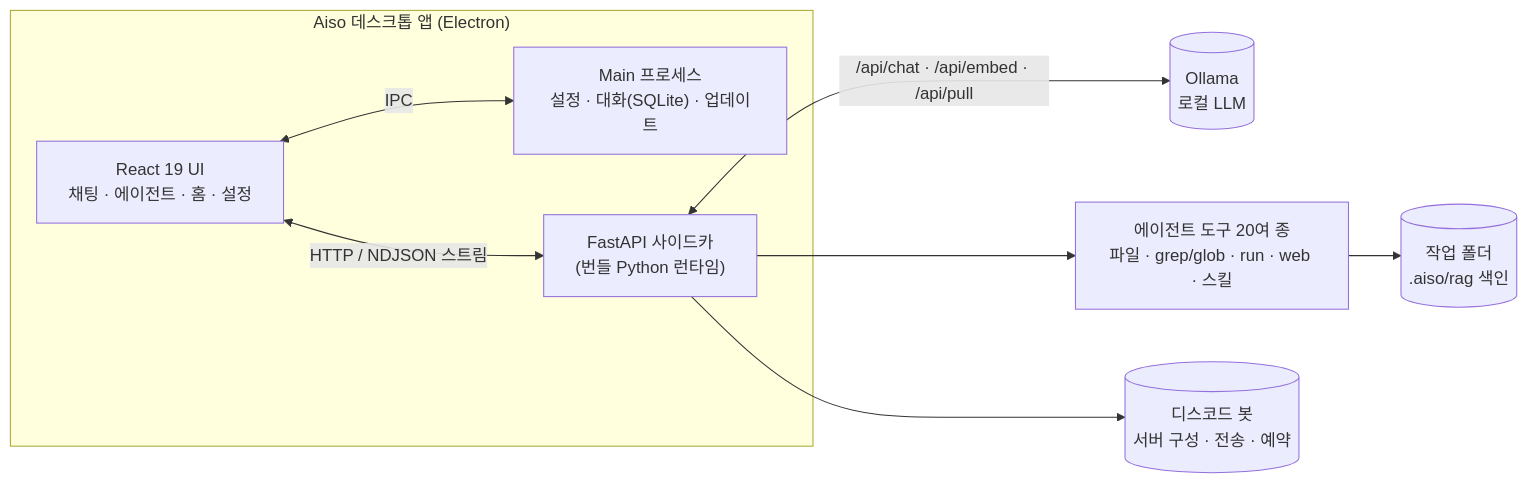
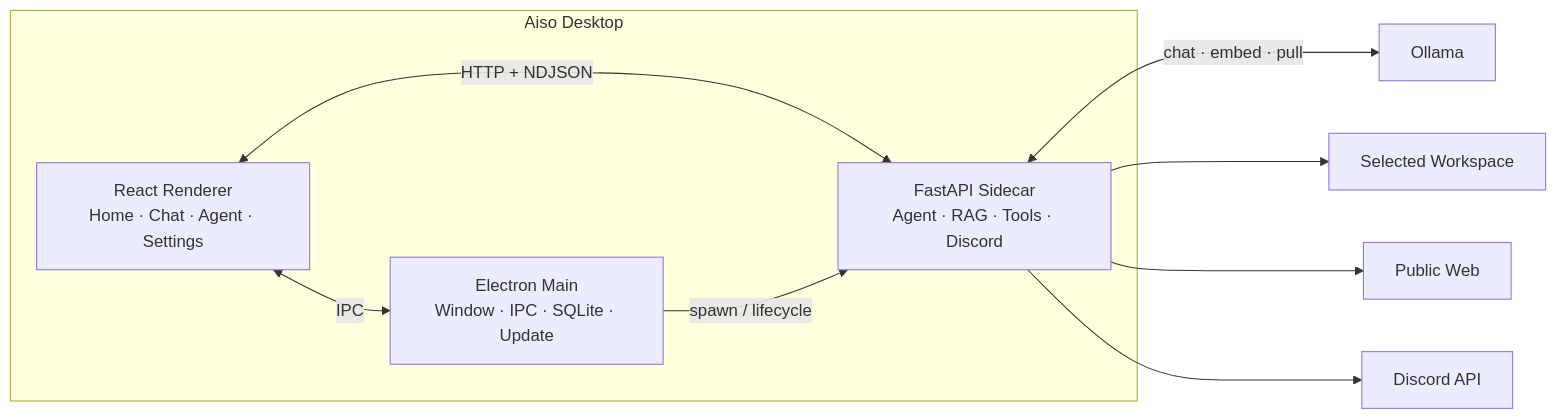
The diagram in README.md (devbin-lab/AISO), drawn with Mermaid before and after one commit. The commit also changed other lines of this file and 1 other file, not shown here.

````diff
--- a/README.md
+++ b/README.md
@@ -167,14 +274,16 @@
 ```mermaid
 flowchart LR
-    subgraph Desktop["Aiso 데스크톱 앱 (Electron)"]
-        UI["React 19 UI<br/>채팅 · 에이전트 · 홈 · 설정"]
-        Main["Main 프로세스<br/>설정 · 대화(SQLite) · 업데이트"]
-        Py["FastAPI 사이드카<br/>(번들 Python 런타임)"]
+    subgraph Desktop["Aiso Desktop"]
+        Renderer["React Renderer<br/>Home · Chat · Agent · Settings"]
+        Main["Electron Main<br/>Window · IPC · SQLite · Update"]
+        Sidecar["FastAPI Sidecar<br/>Agent · RAG · Tools · Discord"]
     end
-    UI <-->|IPC| Main
-    UI <-->|HTTP / NDJSON 스트림| Py
-    Py <-->|"/api/chat · /api/embed · /api/pull"| Ollama[("Ollama<br/>로컬 LLM")]
-    Py --> Tools["에이전트 도구 20여 종<br/>파일 · grep/glob · run · web · 스킬"]
-    Py --> Discord[("디스코드 봇<br/>서버 구성 · 전송 · 예약")]
-    Tools --> WS[("작업 폴더<br/>.aiso/rag 색인")]
+
+    Renderer <-->|IPC| Main
+    Renderer <-->|"HTTP + NDJSON"| Sidecar
+    Main -->|"spawn / lifecycle"| Sidecar
+    Sidecar <-->|"chat · embed · pull"| Ollama["Ollama"]
+    Sidecar --> Workspace["Selected Workspace"]
+    Sidecar --> Web["Public Web"]
+    Sidecar --> Discord["Discord API"]
 ```
````
